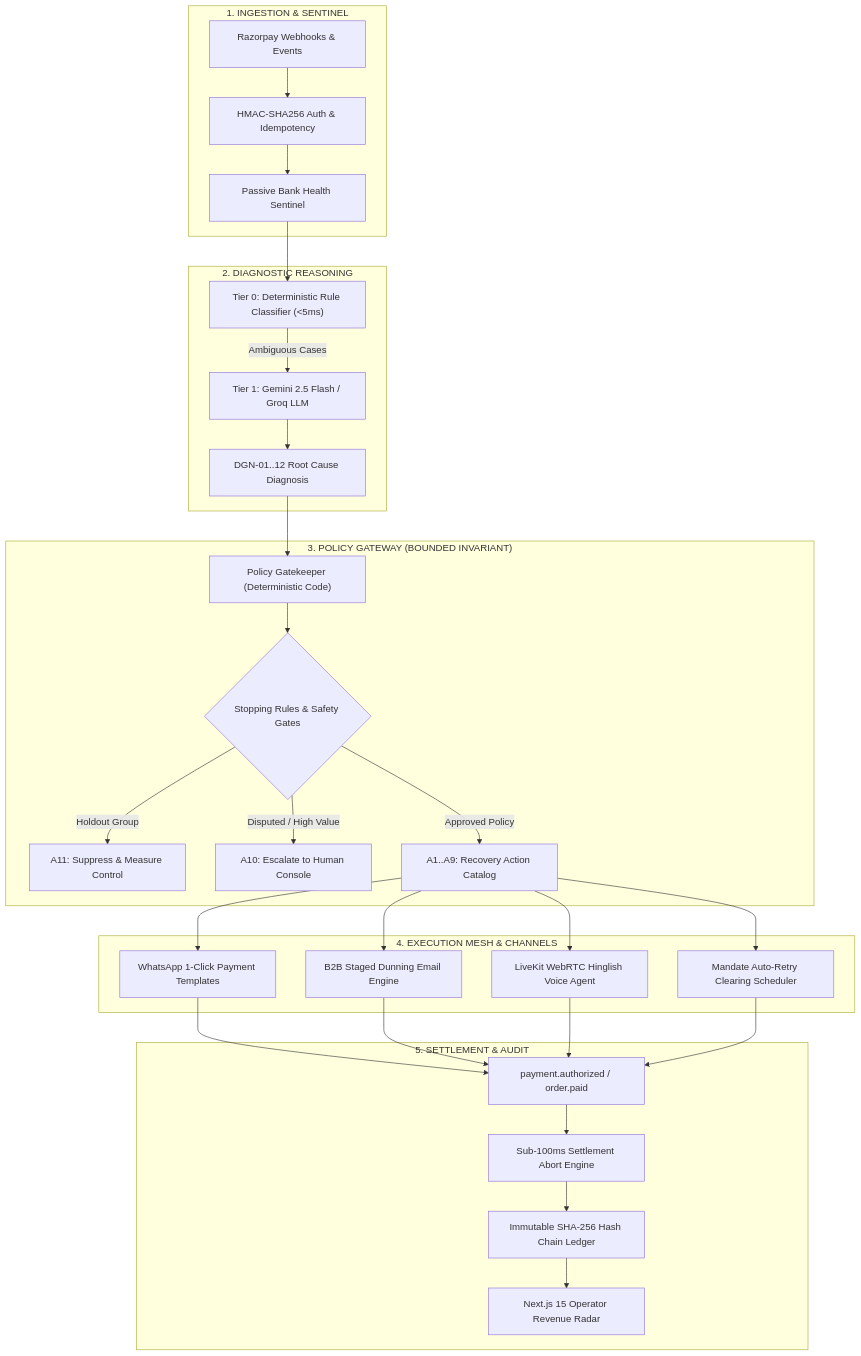
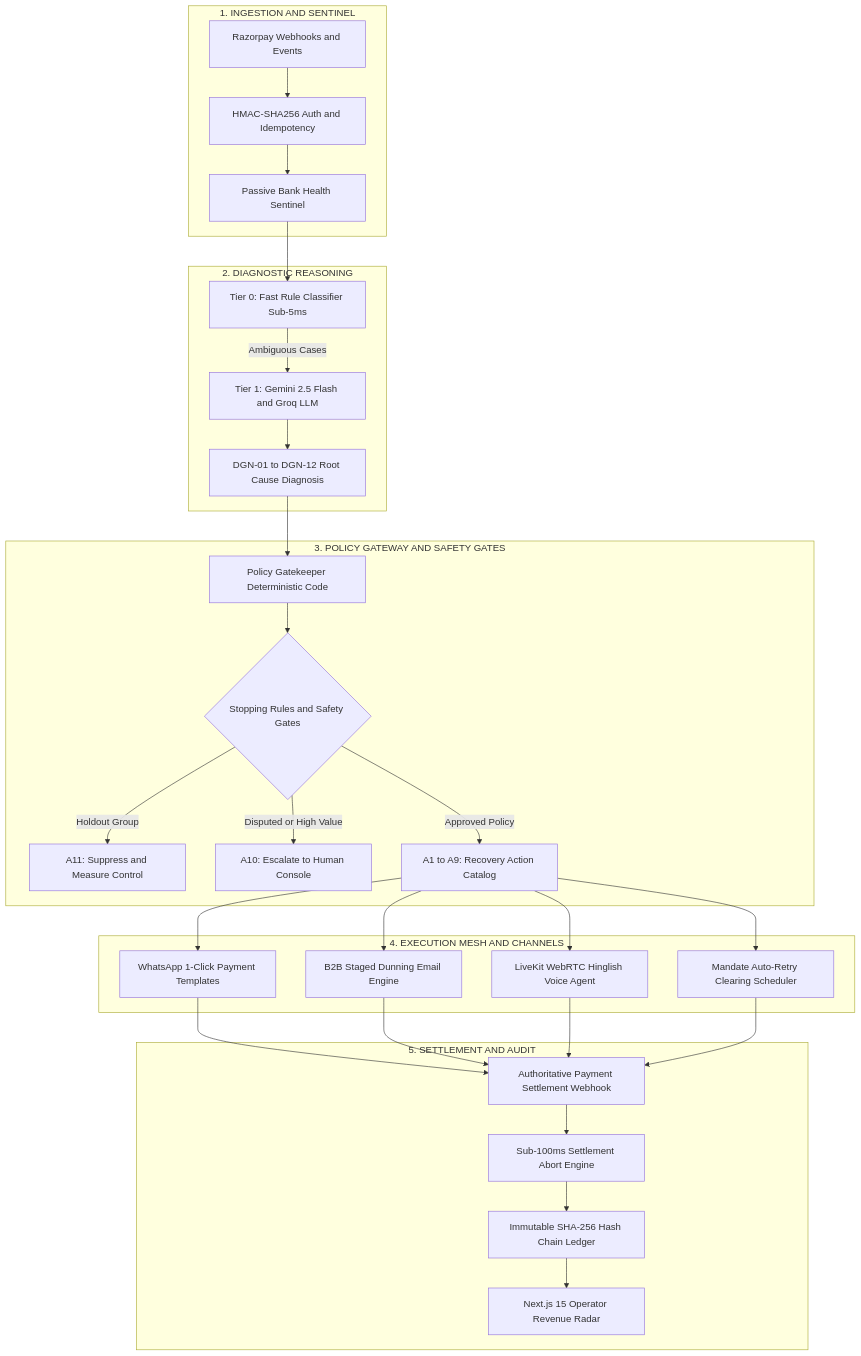
The diagram in README.md (Adityaraj1969/Razorpay-Revenue-Recovery), drawn with Mermaid before and after one commit. The commit also changed 1 other file, not shown here.

Commit message:
fix(docs): resolve all syntax and token delimiters in Mermaid diagrams for flawless GitHub rendering

````diff
--- a/README.md
+++ b/README.md
@@ -39,39 +39,39 @@
 ```mermaid
 flowchart TD
-    subgraph Ingestion ["1. INGESTION & SENTINEL"]
-        A["Razorpay Webhooks & Events"] --> B["HMAC-SHA256 Auth & Idempotency"]
-        B --> C["Passive Bank Health Sentinel"]
+    subgraph Ingestion [1. INGESTION AND SENTINEL]
+        A[Razorpay Webhooks and Events] --> B[HMAC-SHA256 Auth and Idempotency]
+        B --> C[Passive Bank Health Sentinel]
     end
 
-    subgraph Intelligence ["2. DIAGNOSTIC REASONING"]
-        C --> D["Tier 0: Deterministic Rule Classifier (&lt;5ms)"]
-        D -->|Ambiguous Cases| E["Tier 1: Gemini 2.5 Flash / Groq LLM"]
-        E --> F["DGN-01..12 Root Cause Diagnosis"]
+    subgraph Intelligence [2. DIAGNOSTIC REASONING]
+        C --> D[Tier 0: Fast Rule Classifier Sub-5ms]
+        D -->|Ambiguous Cases| E[Tier 1: Gemini 2.5 Flash and Groq LLM]
+        E --> F[DGN-01 to DGN-12 Root Cause Diagnosis]
     end
 
-    subgraph Governance ["3. POLICY GATEWAY (BOUNDED INVARIANT)"]
-        F --> G["Policy Gatekeeper (Deterministic Code)"]
-        G --> H{"Stopping Rules & Safety Gates"}
-        H -->|Holdout Group| I["A11: Suppress & Measure Control"]
-        H -->|Disputed / High Value| J["A10: Escalate to Human Console"]
-        H -->|Approved Policy| K["A1..A9: Recovery Action Catalog"]
+    subgraph Governance [3. POLICY GATEWAY AND SAFETY GATES]
+        F --> G[Policy Gatekeeper Deterministic Code]
+        G --> H{Stopping Rules and Safety Gates}
+        H -->|Holdout Group| I[A11: Suppress and Measure Control]
+        H -->|Disputed or High Value| J[A10: Escalate to Human Console]
+        H -->|Approved Policy| K[A1 to A9: Recovery Action Catalog]
     end
 
-    subgraph Mesh ["4. EXECUTION MESH & CHANNELS"]
-        K --> L["WhatsApp 1-Click Payment Templates"]
-        K --> M["B2B Staged Dunning Email Engine"]
-        K --> N["LiveKit WebRTC Hinglish Voice Agent"]
-        K --> O["Mandate Auto-Retry Clearing Scheduler"]
+    subgraph Mesh [4. EXECUTION MESH AND CHANNELS]
+        K --> L[WhatsApp 1-Click Payment Templates]
+        K --> M[B2B Staged Dunning Email Engine]
+        K --> N[LiveKit WebRTC Hinglish Voice Agent]
+        K --> O[Mandate Auto-Retry Clearing Scheduler]
     end
 
-    subgraph Verification ["5. SETTLEMENT & AUDIT"]
-        P["payment.authorized / order.paid"] --> Q["Sub-100ms Settlement Abort Engine"]
-        Q --> R["Immutable SHA-256 Hash Chain Ledger"]
-        R --> S["Next.js 15 Operator Revenue Radar"]
+    subgraph Verification [5. SETTLEMENT AND AUDIT]
+        P[Authoritative Payment Settlement Webhook] --> Q[Sub-100ms Settlement Abort Engine]
+        Q --> R[Immutable SHA-256 Hash Chain Ledger]
+        R --> S[Next.js 15 Operator Revenue Radar]
     end
 
     L --> P
     M --> P
     N --> P
     O --> P
 ```
````
